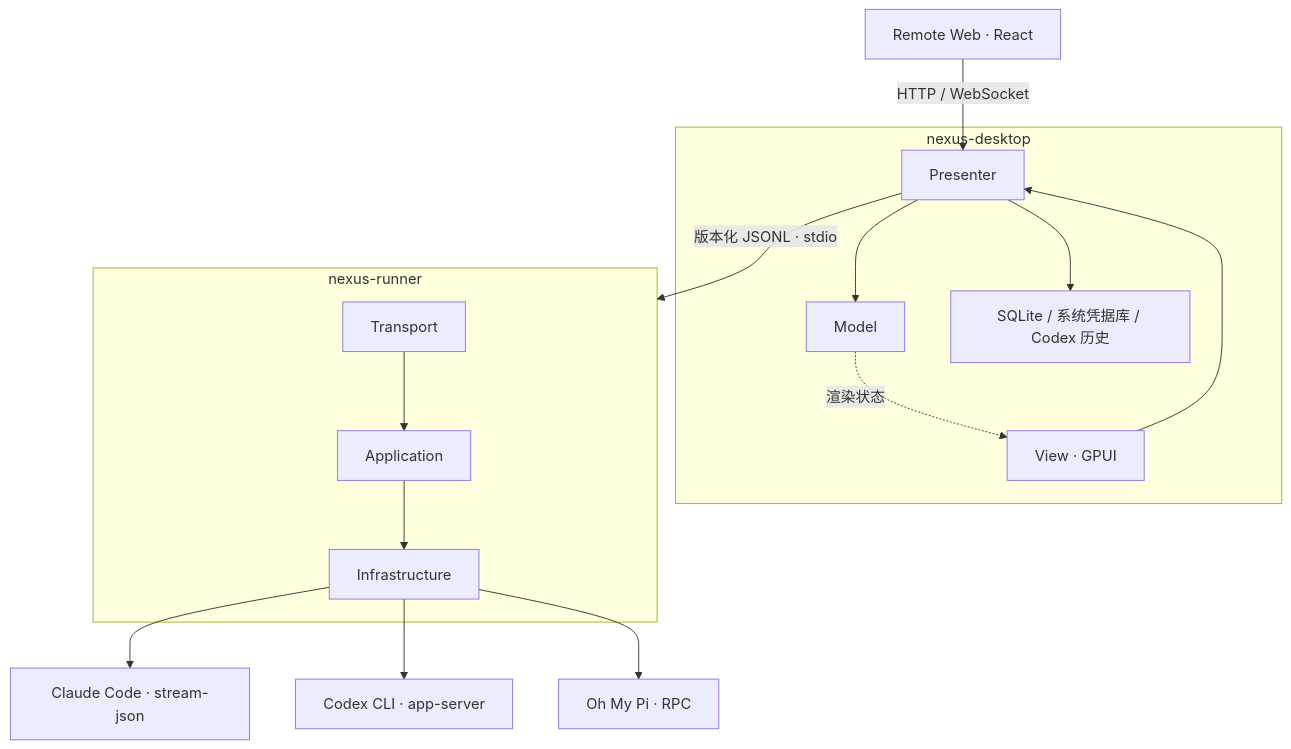
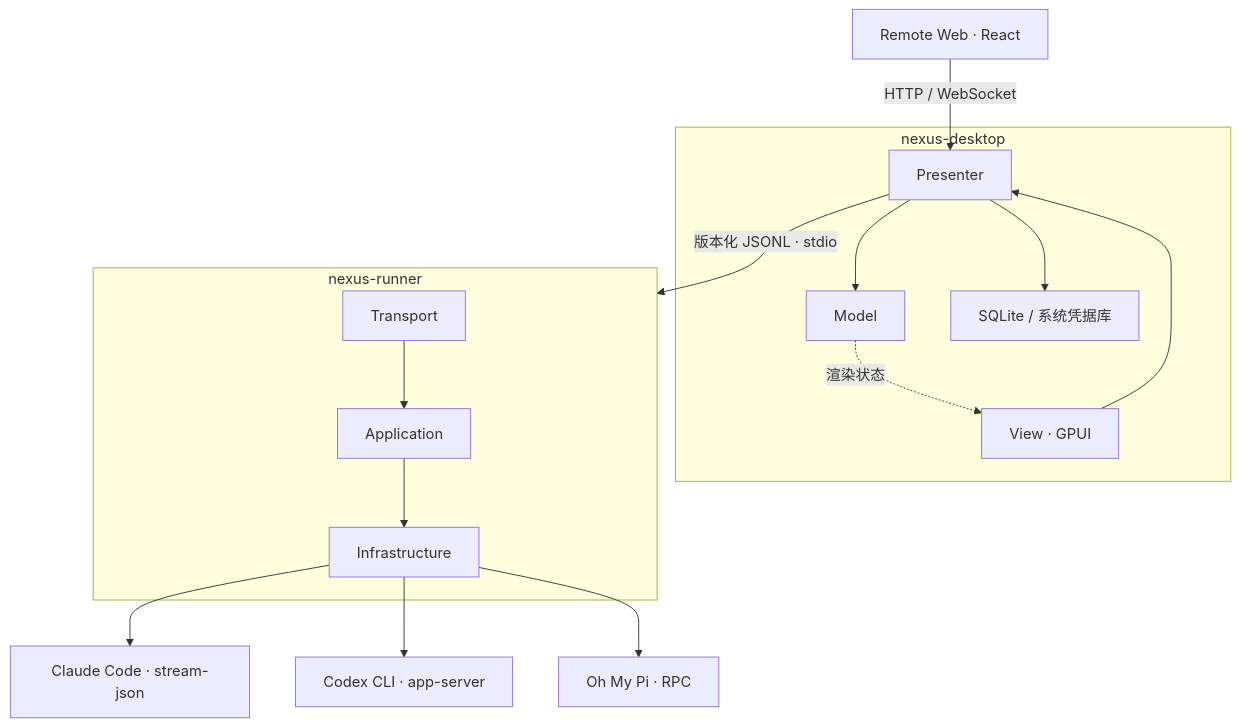
One commit to ji233-Sun/nexus-agent changed the diagram in docs/development.md. Above: the diagram before and after it, drawn with Mermaid. The commit also changed other lines of this file and 21 other files, not shown here.

````diff
--- a/docs/development.md
+++ b/docs/development.md
@@ -70,17 +70,17 @@
 ```mermaid
 flowchart TB
     Web[Remote Web · React] -->|HTTP / WebSocket| Presenter
     subgraph Desktop[nexus-desktop]
         View[View · GPUI] --> Presenter
         Presenter --> Model
         Model -. 渲染状态 .-> View
-        Presenter --> Storage[SQLite / 系统凭据库 / Codex 历史]
+        Presenter --> Storage[SQLite / 系统凭据库]
     end
     Presenter -->|版本化 JSONL · stdio| Runner
     subgraph Runner[nexus-runner]
         Transport --> Application --> Infrastructure
     end
     Infrastructure --> Claude[Claude Code · stream-json]
     Infrastructure --> Codex[Codex CLI · app-server]
     Infrastructure --> OMP[Oh My Pi · RPC]
 ```
````
